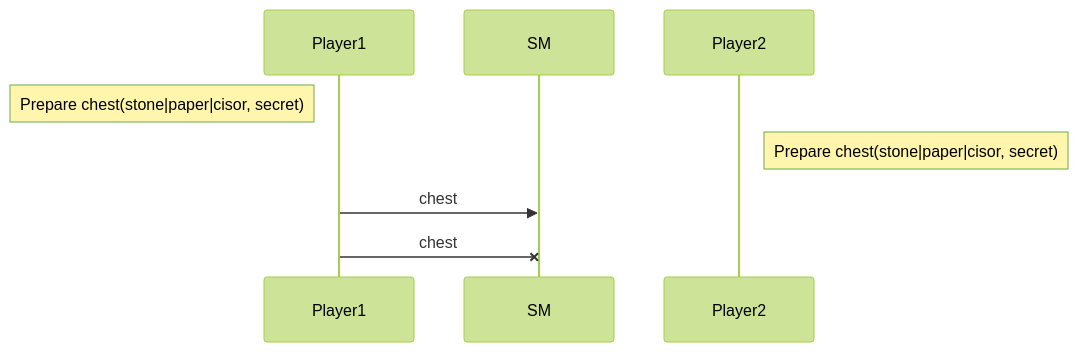
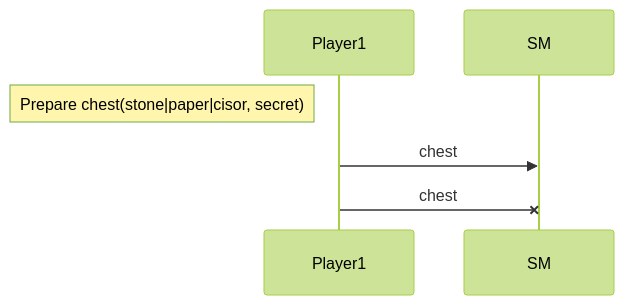
The third of 4 diagrams in README.md (ligolang/jsligo-training-dapp-shifumi), drawn with Mermaid (forest theme) before and after one commit. The commit also changed other lines of this file, not shown here.

Commit message:
Story board in progress

````diff
--- a/README.md
+++ b/README.md
@@ -61,10 +59,8 @@
 ```mermaid
 sequenceDiagram
   participant Player1
   participant SM
-  participant Player2
   Note left of Player1: Prepare chest(stone|paper|cisor, secret)
-  Note right of Player2: Prepare chest(stone|paper|cisor, secret)
   Player1->>SM: chest
   Player1-xSM: chest
 ```
````
